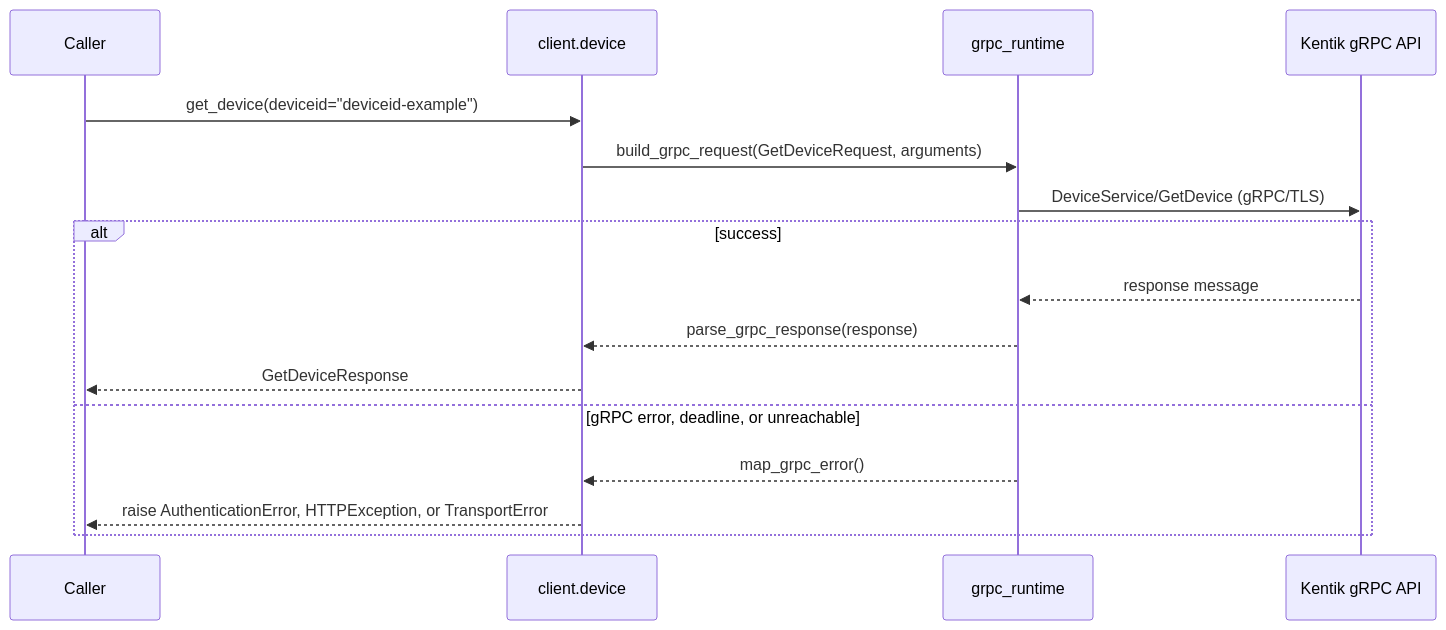
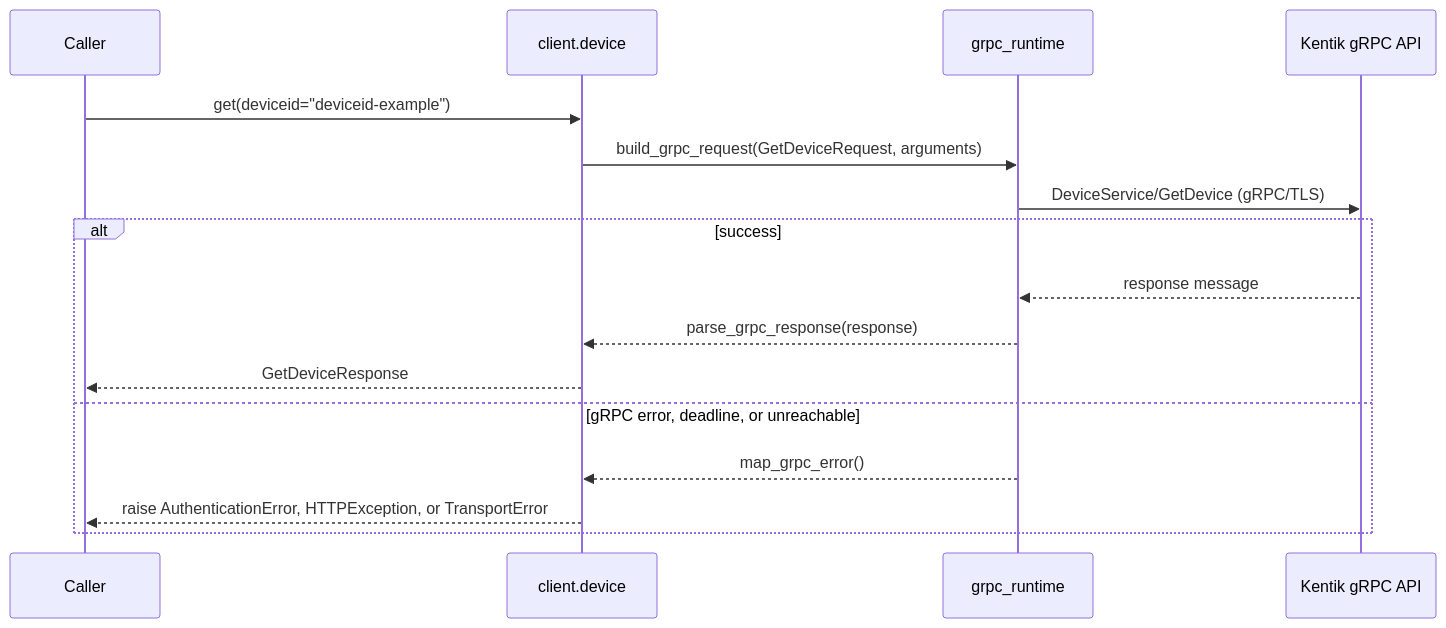
One commit to alexdearaujo/community_sdk_python changed diagram 15 of 22 in docs/sphinx/services/device.md. Above: the diagram before and after it, drawn with Mermaid. The commit also changed other lines of this file and 119 other files, not shown here.

````diff
--- a/docs/sphinx/services/device.md
+++ b/docs/sphinx/services/device.md
@@ -519,19 +519,19 @@
 ```mermaid
 sequenceDiagram
     participant C as Caller
     participant W as client.device
     participant R as grpc_runtime
     participant API as Kentik gRPC API
 
-    C->>W: get_device(deviceid="deviceid-example")
+    C->>W: get(deviceid="deviceid-example")
     W->>R: build_grpc_request(GetDeviceRequest, arguments)
     R->>API: DeviceService/GetDevice (gRPC/TLS)
     alt success
         API-->>R: response message
         R-->>W: parse_grpc_response(response)
         W-->>C: GetDeviceResponse
     else gRPC error, deadline, or unreachable
         R-->>W: map_grpc_error()
         W-->>C: raise AuthenticationError, HTTPException, or TransportError
     end
 ```
````
